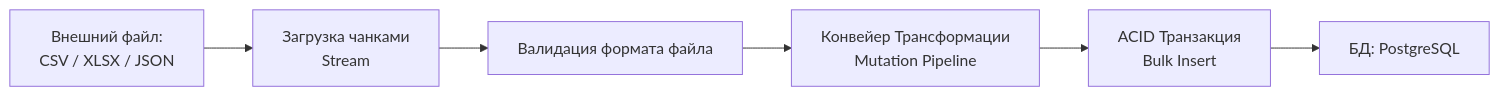
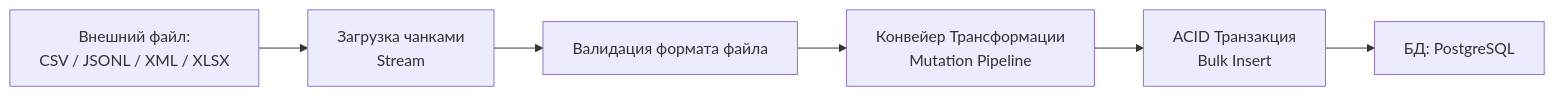
One commit to mosgaz/rust-lms changed the fourth of 4 diagrams in specs/ARCHITECTURE.md. Above: the diagram before and after it, drawn with Mermaid. The commit also changed other lines of this file and 11 other files, not shown here.

````diff
--- a/specs/ARCHITECTURE.md
+++ b/specs/ARCHITECTURE.md
@@ -321,8 +360,8 @@
 ```mermaid
 flowchart LR
-    A["Внешний файл:<br/>CSV / XLSX / JSON"] --> B[Загрузка чанками<br/>Stream]
+    A["Внешний файл:<br/>CSV / JSONL / XML / XLSX"] --> B[Загрузка чанками<br/>Stream]
     B --> C[Валидация формата файла]
     C --> D[Конвейер Трансформации<br/>Mutation Pipeline]
     D --> E[ACID Транзакция<br/>Bulk Insert]
     E --> F[БД: PostgreSQL]
 ```
````
